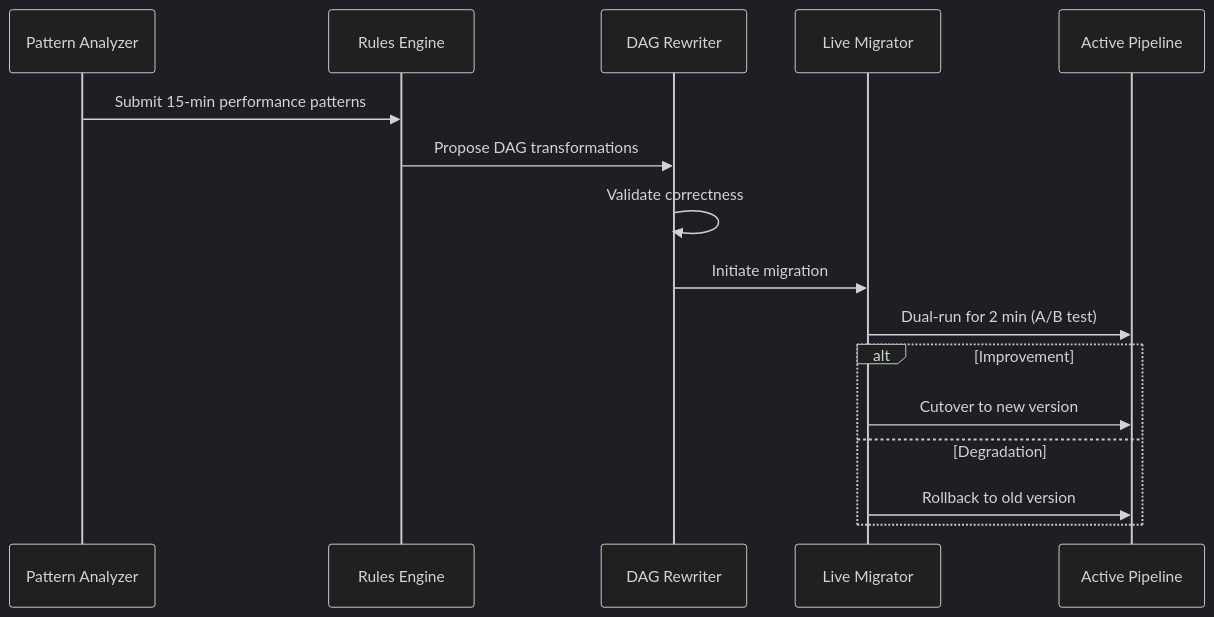
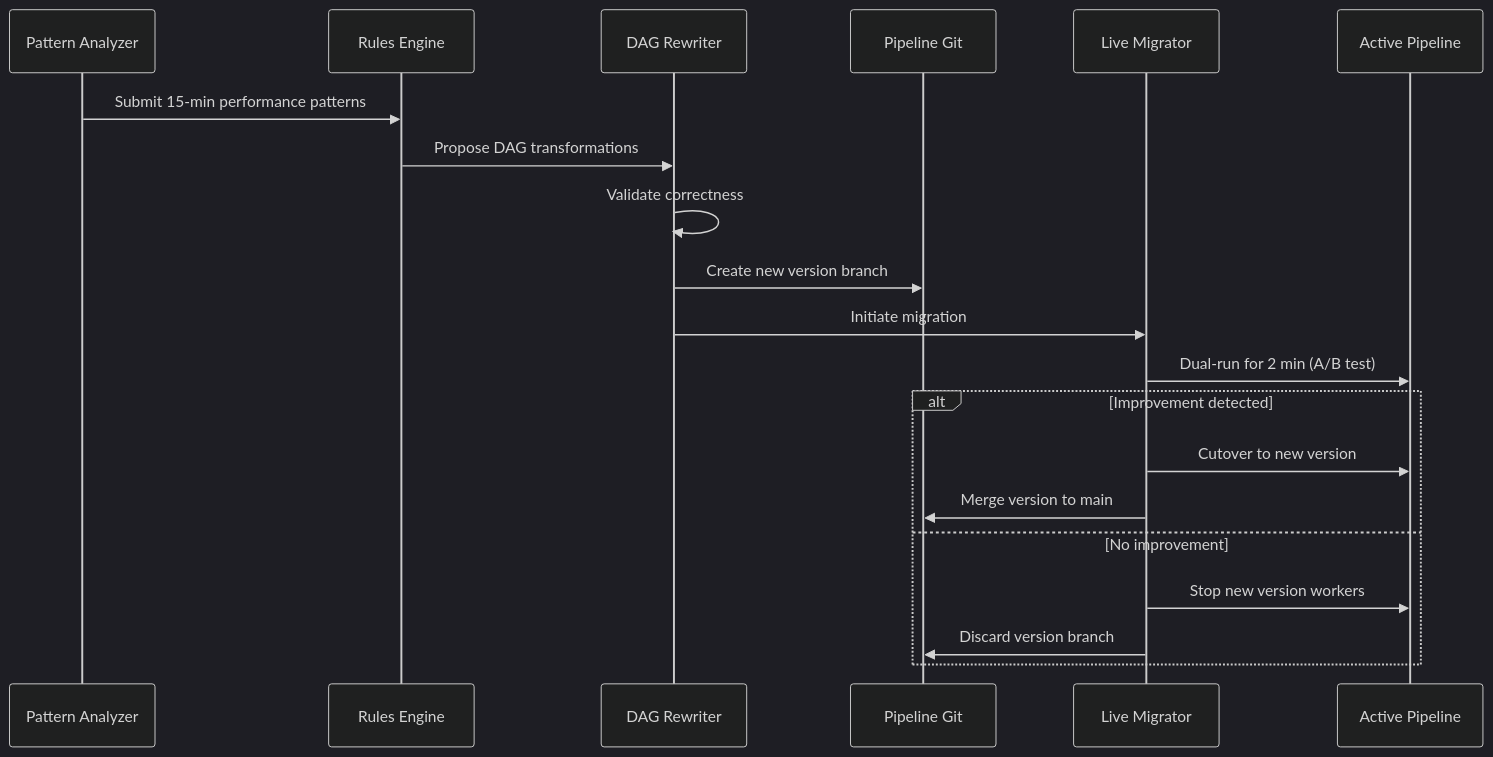
Before and after one commit to rathinadev/Flowstorm: diagram 11 of 22 in backend/docs/ARCHITECTURE.md, drawn with Mermaid (dark theme). The commit also changed other lines of this file, not shown here.

First line of the commit message:
Update backend ARCHITECTURE.md with additional Mermaid diagrams

````diff
--- a/backend/docs/ARCHITECTURE.md
+++ b/backend/docs/ARCHITECTURE.md
@@ -234,18 +293,22 @@
 ```mermaid
 sequenceDiagram
     participant PA as Pattern Analyzer
     participant RE as Rules Engine
     participant DR as DAG Rewriter
+    participant PG as Pipeline Git
     participant LM as Live Migrator
-    participant P as Active Pipeline
+    participant Pipeline as Active Pipeline
     PA->>RE: Submit 15-min performance patterns
     RE->>DR: Propose DAG transformations
     DR->>DR: Validate correctness
+    DR->>PG: Create new version branch
     DR->>LM: Initiate migration
-    LM->>P: Dual-run for 2 min (A/B test)
-    alt Improvement
-        LM->>P: Cutover to new version
-    else Degradation
-        LM->>P: Rollback to old version
+    LM->>Pipeline: Dual-run for 2 min (A/B test)
+    alt Improvement detected
+        LM->>Pipeline: Cutover to new version
+        LM->>PG: Merge version to main
+    else No improvement
+        LM->>Pipeline: Stop new version workers
+        LM->>PG: Discard version branch
     end
 ```
````
